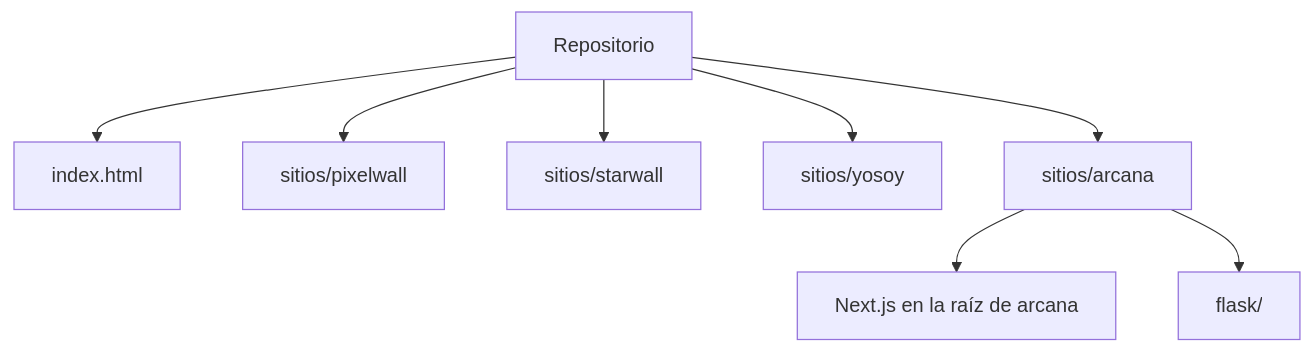
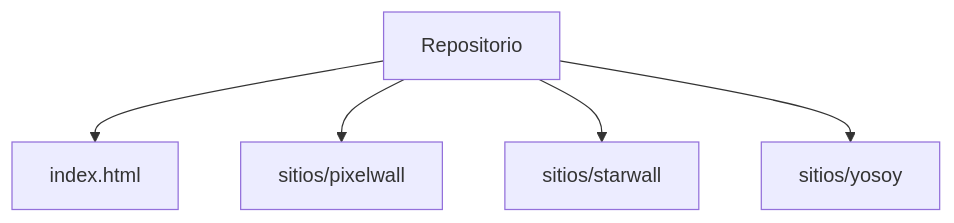
The sixth of 6 diagrams in README.md (FernandoLizana/code-art-showcase), drawn with Mermaid before and after one commit. The commit also changed other lines of this file and 148 other files, not shown here.

````diff
--- a/README.md
+++ b/README.md
@@ -225,11 +215,8 @@
 ```mermaid
 flowchart TB
   repo[Repositorio]
   repo --> portada[index.html]
   repo --> pixel[sitios/pixelwall]
   repo --> star[sitios/starwall]
   repo --> voz[sitios/yosoy]
-  repo --> arcana[sitios/arcana]
-  arcana --> next[Next.js en la raíz de arcana]
-  arcana --> flask[flask/]
 ```
````
